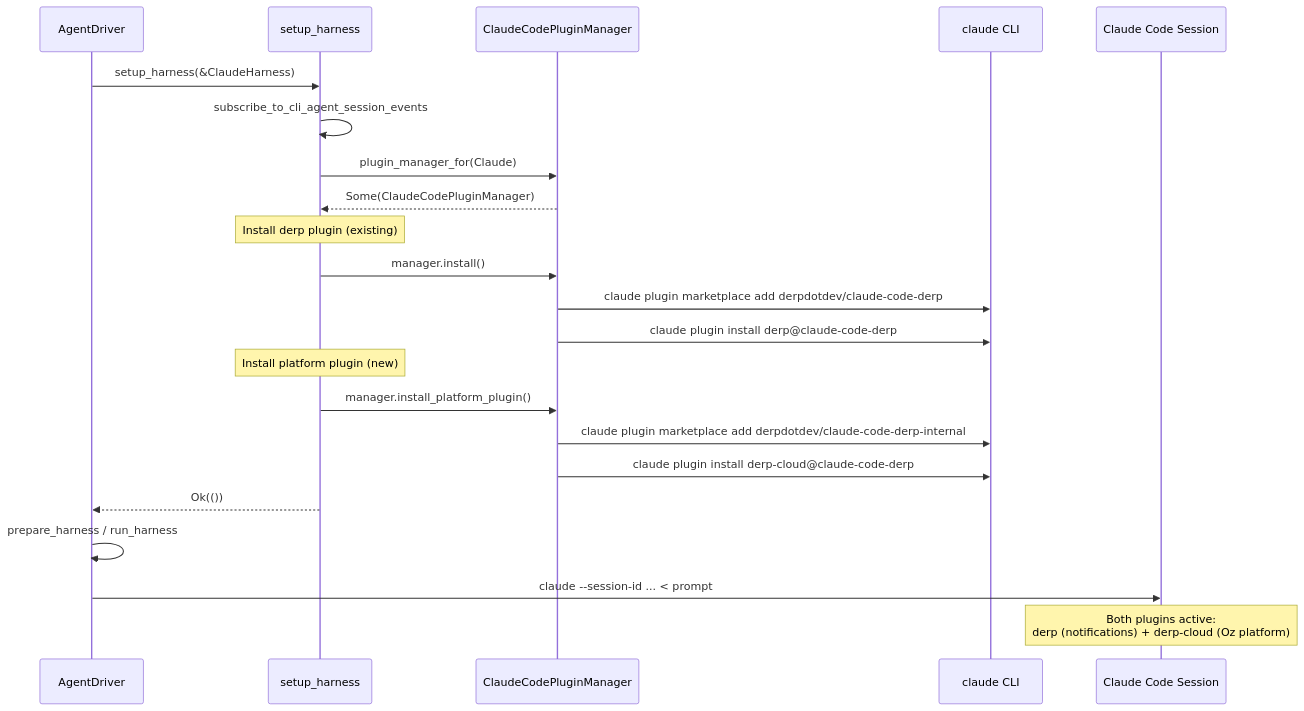
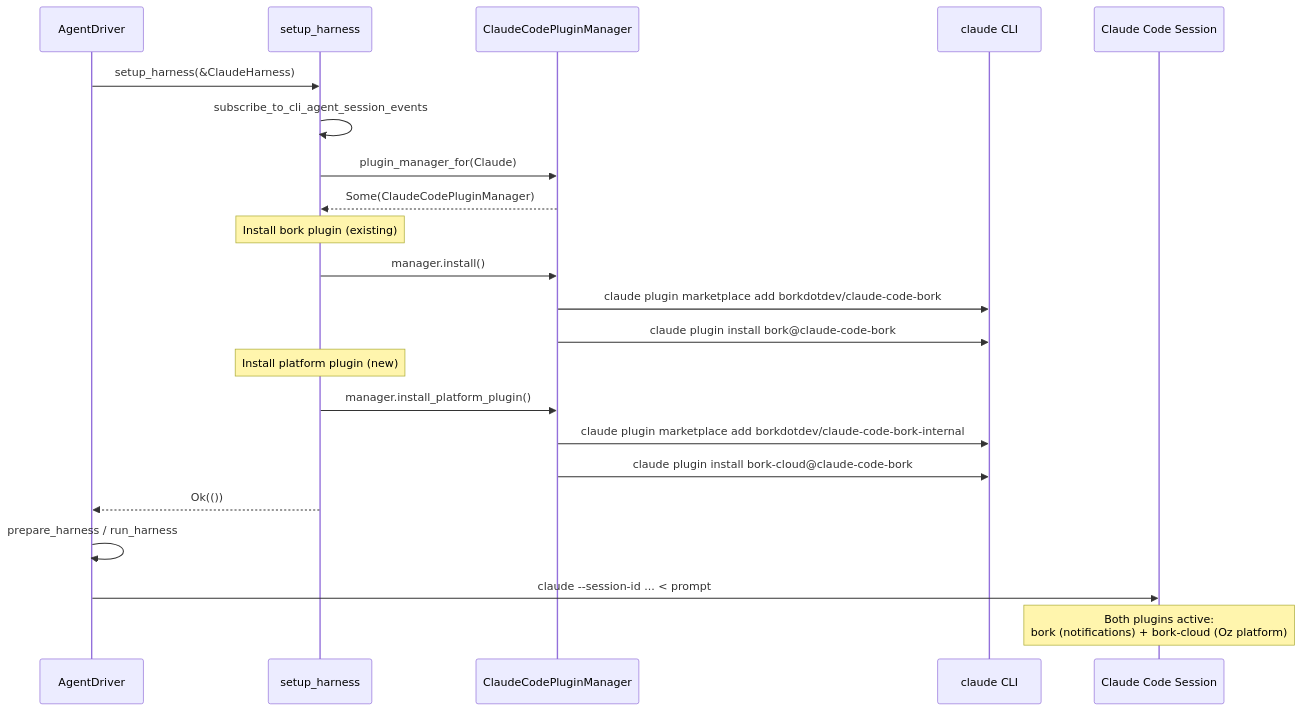
One commit to antikrust/krust-terminal changed the diagram in specs/REMOTE-1218/TECH.md. Above: the diagram before and after it, drawn with Mermaid. The commit also changed other lines of this file and 4477 other files, not shown here.

First line of the commit message:
Rebrand Derp -> Bork

````diff
--- a/specs/REMOTE-1218/TECH.md
+++ b/specs/REMOTE-1218/TECH.md
@@ -121,28 +121,28 @@
 ```mermaid
 sequenceDiagram
     participant Driver as AgentDriver
     participant Setup as setup_harness
     participant PM as ClaudeCodePluginManager
     participant CLI as claude CLI
     participant CC as Claude Code Session
 
     Driver->>Setup: setup_harness(&ClaudeHarness)
     Setup->>Setup: subscribe_to_cli_agent_session_events
     Setup->>PM: plugin_manager_for(Claude)
     PM-->>Setup: Some(ClaudeCodePluginManager)
 
-    Note over Setup: Install derp plugin (existing)
+    Note over Setup: Install bork plugin (existing)
     Setup->>PM: manager.install()
-    PM->>CLI: claude plugin marketplace add derpdotdev/claude-code-derp
-    PM->>CLI: claude plugin install derp@claude-code-derp
+    PM->>CLI: claude plugin marketplace add borkdotdev/claude-code-bork
+    PM->>CLI: claude plugin install bork@claude-code-bork
 
     Note over Setup: Install platform plugin (new)
     Setup->>PM: manager.install_platform_plugin()
-    PM->>CLI: claude plugin marketplace add derpdotdev/claude-code-derp-internal
-    PM->>CLI: claude plugin install derp-cloud@claude-code-derp
+    PM->>CLI: claude plugin marketplace add borkdotdev/claude-code-bork-internal
+    PM->>CLI: claude plugin install bork-cloud@claude-code-bork
 
     Setup-->>Driver: Ok(())
     Driver->>Driver: prepare_harness / run_harness
     Driver->>CC: claude --session-id ... < prompt
-    Note over CC: Both plugins active:<br/>derp (notifications) + derp-cloud (Oz platform)
+    Note over CC: Both plugins active:<br/>bork (notifications) + bork-cloud (Oz platform)
 ```
````
